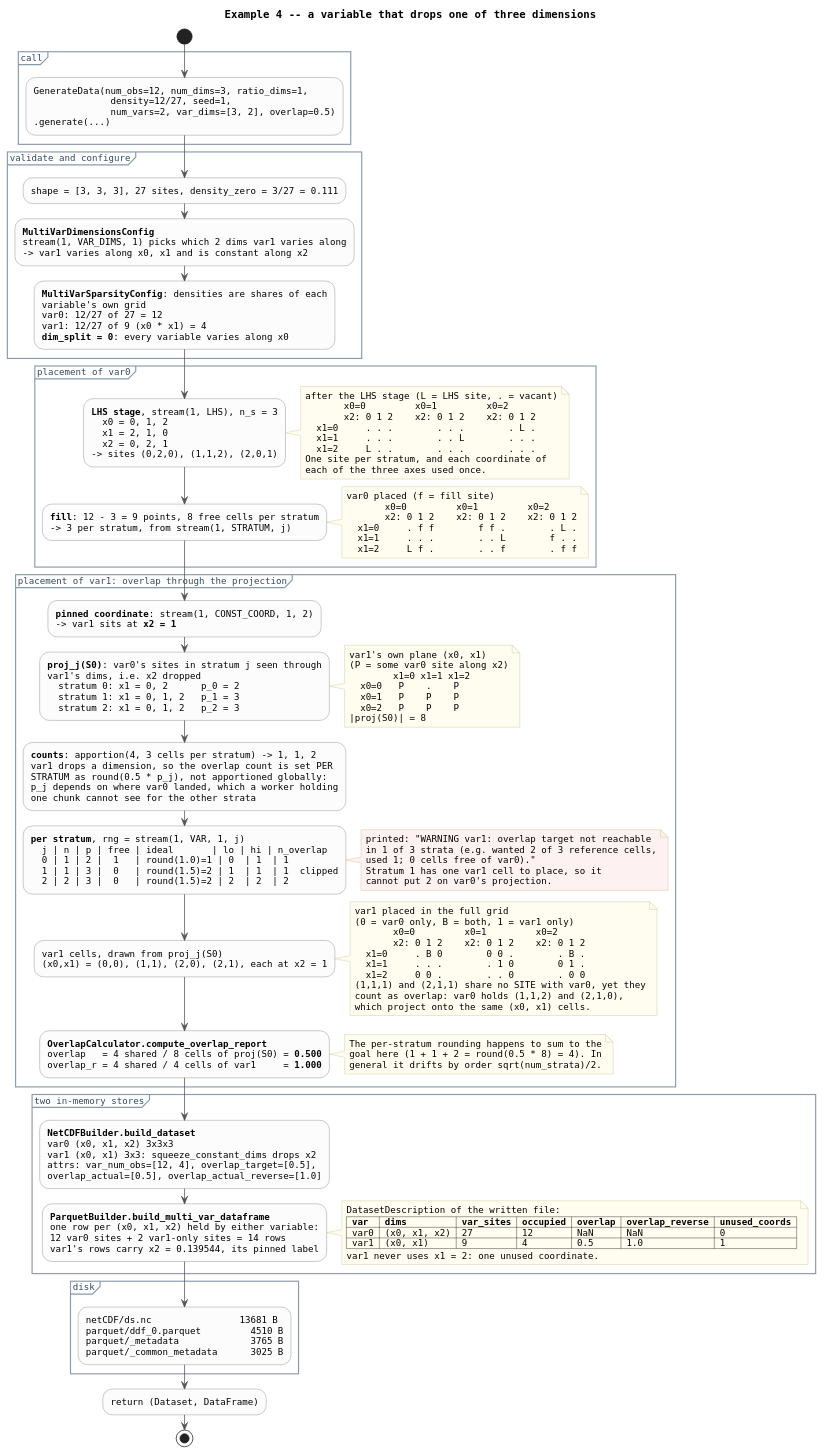
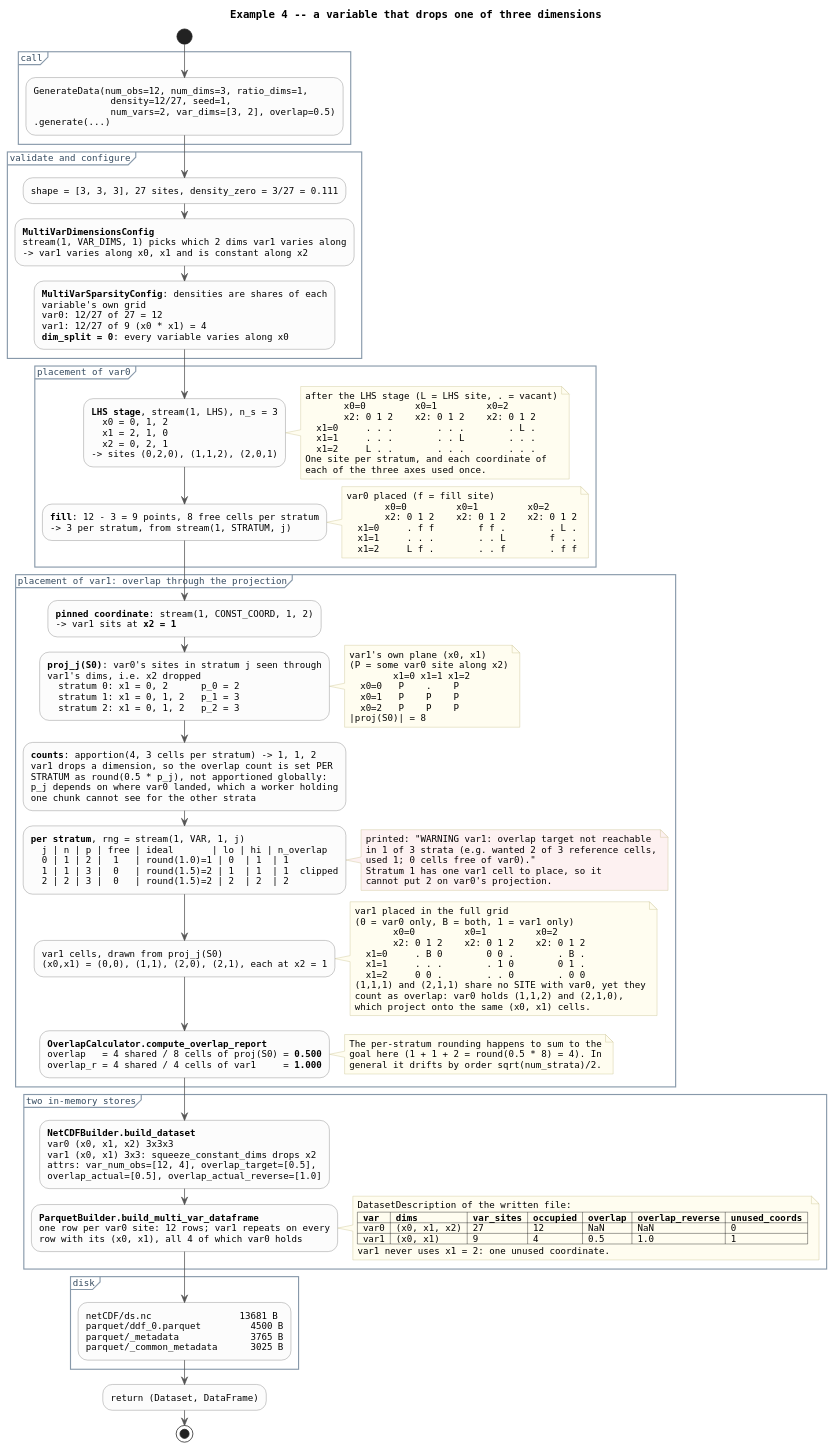
One commit to boom-lab/tabray changed the diagram in docs/dataflow_example_drop_dim_3d.puml. Above: the diagram before and after it, drawn with PlantUML. The commit also changed 12 other files, not shown here.

```diff
--- a/docs/dataflow_example_drop_dim_3d.puml
+++ b/docs/dataflow_example_drop_dim_3d.puml
@@ -1,172 +1,171 @@
 @startuml dataflow_example_drop_dim_3d
 ' Worked example: two variables on a 3x3x3 grid, the second varying along
 ' two of the three dimensions. Every number here is from an actual run.
 ' Grids: one panel per x0 (= stratum), rows x1, columns x2, index space.
 ' Render: plantuml docs/dataflow_example_drop_dim_3d.puml
 
 title Example 4 -- a variable that drops one of three dimensions
 
 skinparam shadowing false
 skinparam defaultFontName Monospaced
 skinparam defaultFontSize 12
 skinparam ArrowColor #555555
 skinparam activity {
   BackgroundColor #FCFCFC
   BorderColor #777777
   DiamondBackgroundColor #F2F2F2
 }
 skinparam partition {
   BorderColor #8899AA
   FontColor #33495E
 }
 skinparam note {
   BackgroundColor #FFFDF0
   BorderColor #C8C08A
 }
 
 start
 
 partition "call" {
   :GenerateData(num_obs=12, num_dims=3, ratio_dims=1,
                 density=12/27, seed=1,
                 num_vars=2, var_dims=[3, 2], overlap=0.5)
   .generate(...);
 }
 
 partition "validate and configure" {
   :shape = [3, 3, 3], 27 sites, density_zero = 3/27 = 0.111;
 
   :<b>MultiVarDimensionsConfig</b>
   stream(1, VAR_DIMS, 1) picks which 2 dims var1 varies along
   -> var1 varies along x0, x1 and is constant along x2;
 
   :<b>MultiVarSparsityConfig</b>: densities are shares of each
   variable's own grid
   var0: 12/27 of 27 = 12
   var1: 12/27 of 9 (x0 * x1) = 4
   <b>dim_split = 0</b>: every variable varies along x0;
 }
 
 partition "placement of var0" {
   :<b>LHS stage</b>, stream(1, LHS), n_s = 3
     x0 = 0, 1, 2
     x1 = 2, 1, 0
     x2 = 0, 2, 1
   -> sites (0,2,0), (1,1,2), (2,0,1);
   note right
     after the LHS stage (L = LHS site, . = vacant)
            x0=0         x0=1         x0=2
            x2: 0 1 2    x2: 0 1 2    x2: 0 1 2
       x1=0     . . .        . . .        . L .
       x1=1     . . .        . . L        . . .
       x1=2     L . .        . . .        . . .
     One site per stratum, and each coordinate of
     each of the three axes used once.
   end note
 
   :<b>fill</b>: 12 - 3 = 9 points, 8 free cells per stratum
   -> 3 per stratum, from stream(1, STRATUM, j);
   note right
     var0 placed (f = fill site)
            x0=0         x0=1         x0=2
            x2: 0 1 2    x2: 0 1 2    x2: 0 1 2
       x1=0     . f f        f f .        . L .
       x1=1     . . .        . . L        f . .
       x1=2     L f .        . . f        . f f
   end note
 }
 
 partition "placement of var1: overlap through the projection" {
   :<b>pinned coordinate</b>: stream(1, CONST_COORD, 1, 2)
   -> var1 sits at <b>x2 = 1</b>;
 
   :<b>proj_j(S0)</b>: var0's sites in stratum j seen through
   var1's dims, i.e. x2 dropped
     stratum 0: x1 = 0, 2      p_0 = 2
     stratum 1: x1 = 0, 1, 2   p_1 = 3
     stratum 2: x1 = 0, 1, 2   p_2 = 3;
   note right
     var1's own plane (x0, x1)
     (P = some var0 site along x2)
             x1=0 x1=1 x1=2
       x0=0   P    .    P
       x0=1   P    P    P
       x0=2   P    P    P
     |proj(S0)| = 8
   end note
 
   :<b>counts</b>: apportion(4, 3 cells per stratum) -> 1, 1, 2
   var1 drops a dimension, so the overlap count is set PER
   STRATUM as round(0.5 * p_j), not apportioned globally:
   p_j depends on where var0 landed, which a worker holding
   one chunk cannot see for the other strata;
 
   :<b>per stratum</b>, rng = stream(1, VAR, 1, j)
     j | n | p | free | ideal       | lo | hi | n_overlap
     0 | 1 | 2 |  1   | round(1.0)=1 | 0  | 1  | 1
     1 | 1 | 3 |  0   | round(1.5)=2 | 1  | 1  | 1  clipped
     2 | 2 | 3 |  0   | round(1.5)=2 | 2  | 2  | 2;
   note right #FDF1F1
     printed: "WARNING var1: overlap target not reachable
     in 1 of 3 strata (e.g. wanted 2 of 3 reference cells,
     used 1; 0 cells free of var0)."
     Stratum 1 has one var1 cell to place, so it
     cannot put 2 on var0's projection.
   end note
 
   :var1 cells, drawn from proj_j(S0)
   (x0,x1) = (0,0), (1,1), (2,0), (2,1), each at x2 = 1;
   note right
     var1 placed in the full grid
     (0 = var0 only, B = both, 1 = var1 only)
            x0=0         x0=1         x0=2
            x2: 0 1 2    x2: 0 1 2    x2: 0 1 2
       x1=0     . B 0        0 0 .        . B .
       x1=1     . . .        . 1 0        0 1 .
       x1=2     0 0 .        . . 0        . 0 0
     (1,1,1) and (2,1,1) share no SITE with var0, yet they
     count as overlap: var0 holds (1,1,2) and (2,1,0),
     which project onto the same (x0, x1) cells.
   end note
 
   :<b>OverlapCalculator.compute_overlap_report</b>
   overlap   = 4 shared / 8 cells of proj(S0) = <b>0.500</b>
   overlap_r = 4 shared / 4 cells of var1     = <b>1.000</b>;
   note right
     The per-stratum rounding happens to sum to the
     goal here (1 + 1 + 2 = round(0.5 * 8) = 4). In
     general it drifts by order sqrt(num_strata)/2.
   end note
 }
 
 partition "two in-memory stores" {
   :<b>NetCDFBuilder.build_dataset</b>
   var0 (x0, x1, x2) 3x3x3
   var1 (x0, x1) 3x3: squeeze_constant_dims drops x2
   attrs: var_num_obs=[12, 4], overlap_target=[0.5],
   overlap_actual=[0.5], overlap_actual_reverse=[1.0];
 
   :<b>ParquetBuilder.build_multi_var_dataframe</b>
-  one row per (x0, x1, x2) held by either variable:
-  12 var0 sites + 2 var1-only sites = 14 rows
-  var1's rows carry x2 = 0.139544, its pinned label;
+  one row per var0 site: 12 rows; var1 repeats on every
+  row with its (x0, x1), all 4 of which var0 holds;
   note right
     DatasetDescription of the written file:
     |= var |= dims |= var_sites |= occupied |= overlap |= overlap_reverse |= unused_coords |
     | var0 | (x0, x1, x2) | 27 | 12 | NaN | NaN | 0 |
     | var1 | (x0, x1) | 9 | 4 | 0.5 | 1.0 | 1 |
     var1 never uses x1 = 2: one unused coordinate.
   end note
 }
 
 partition "disk" {
   :netCDF/ds.nc                13681 B
-  parquet/ddf_0.parquet         4510 B
+  parquet/ddf_0.parquet         4500 B
   parquet/_metadata             3765 B
   parquet/_common_metadata      3025 B;
 }
 
 :return (Dataset, DataFrame);
 stop
 
 @enduml
```
